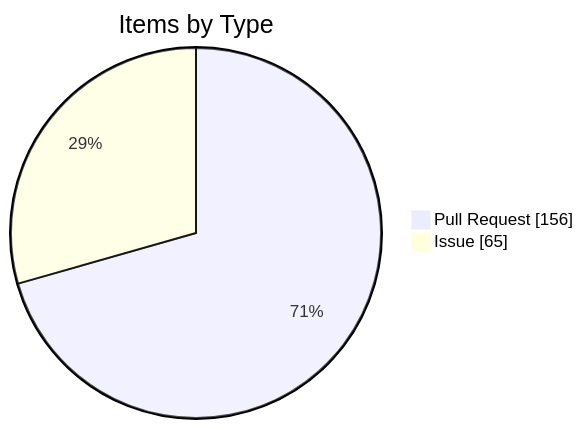
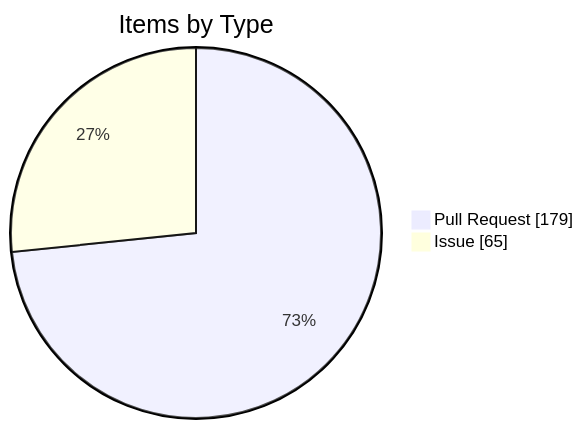
One commit to KBVE/kbve changed the fourth of 4 diagrams in apps/kbve/astro-kbve/src/content/docs/dashboard/kanban-data.mdx. Above: the diagram before and after it, drawn with Mermaid. The commit also changed other lines of this file and 8 other files, not shown here.

````diff
--- a/apps/kbve/astro-kbve/src/content/docs/dashboard/kanban-data.mdx
+++ b/apps/kbve/astro-kbve/src/content/docs/dashboard/kanban-data.mdx
@@ -116,6 +116,6 @@
 ```mermaid
 pie showData
     title Items by Type
-    "Pull Request" : 156
+    "Pull Request" : 179
     "Issue" : 65
 ```
````
